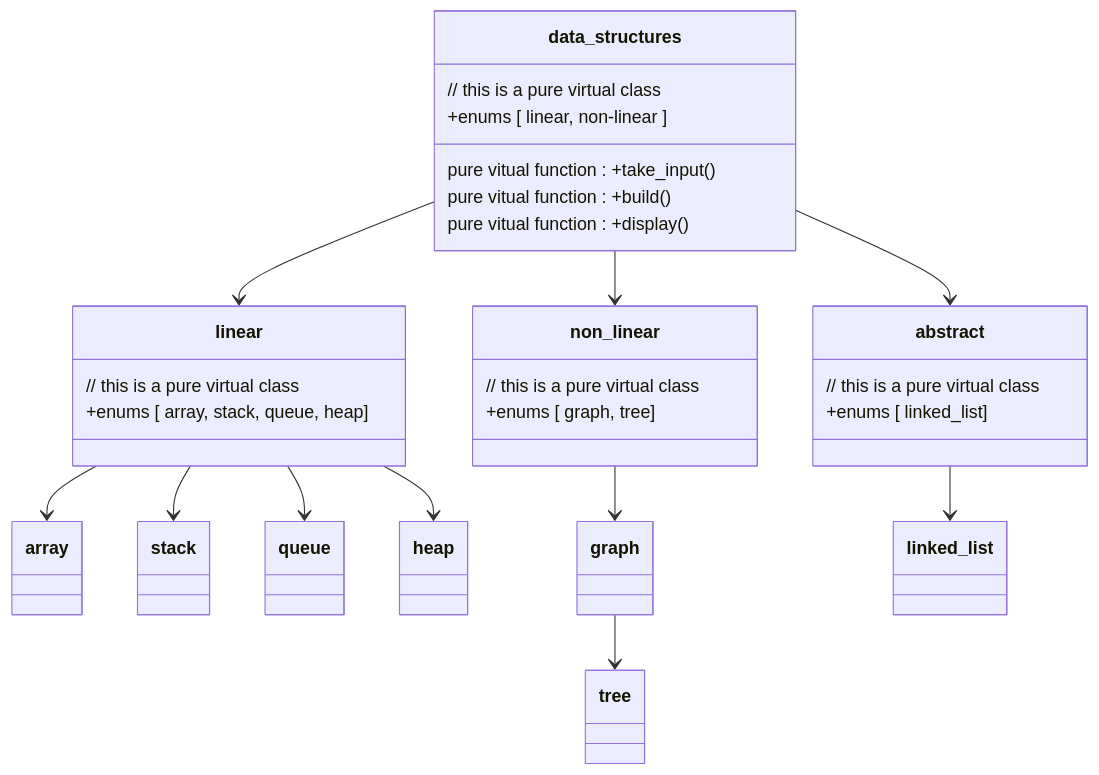
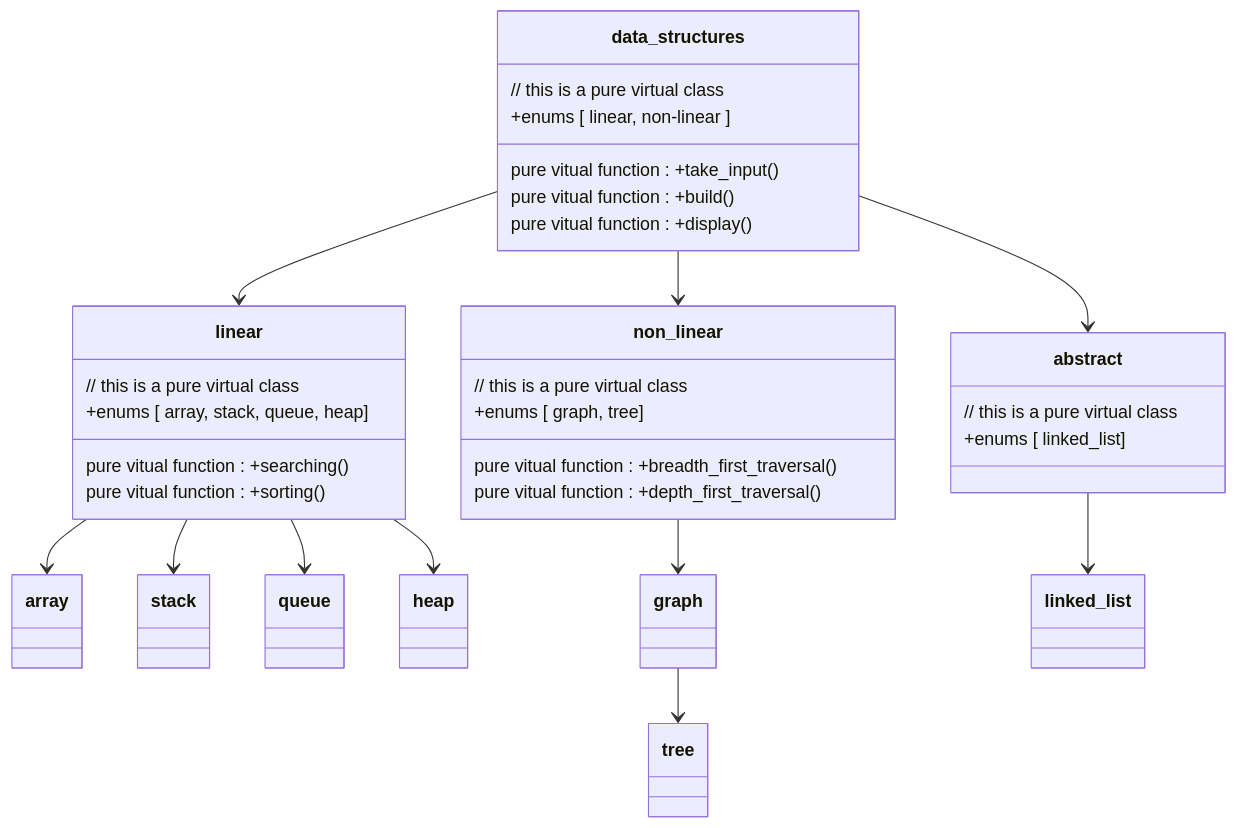
Before and after one commit to AveAng02/project-vizualization: the diagram in README.md, drawn with Mermaid.

````diff
--- a/README.md
+++ b/README.md
@@ -9,50 +9,54 @@
 ```mermaid
 
   classDiagram
 
     data_structures --> linear
     data_structures --> non_linear
     data_structures --> abstract
 
     linear --> array
     linear --> stack
     linear --> queue
     linear --> heap
 
     non_linear --> graph
     graph --> tree
     
     abstract --> linked_list
 
 class data_structures{
     // this is a pure virtual class
     +enums [ linear, non-linear ]
     
     
     pure vitual function : +take_input() 
     pure vitual function : +build() 
     pure vitual function : +display()    
   }
   
 class linear{
-// this is a pure virtual class
-+enums [ array, stack, queue, heap]
+  // this is a pure virtual class
+  +enums [ array, stack, queue, heap]
 
+  pure vitual function : +searching()
+  pure vitual function : +sorting()
 }
 
 class non_linear{
-// this is a pure virtual class
-+enums [ graph, tree]
+  // this is a pure virtual class
+  +enums [ graph, tree]
 
+  pure vitual function : +breadth_first_traversal()
+  pure vitual function : +depth_first_traversal()
 }
 
 class abstract{
 // this is a pure virtual class
 +enums [ linked_list]
 
 }
 
 
 
 
 ```
````
